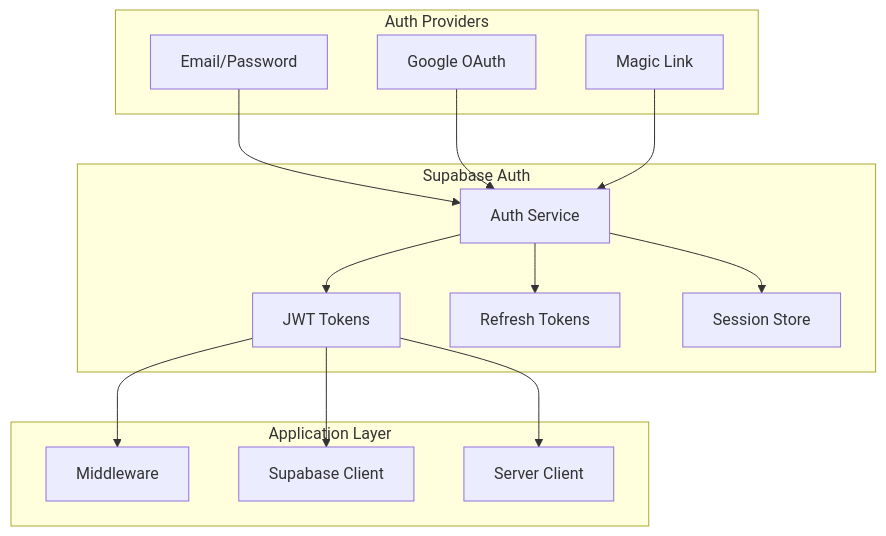
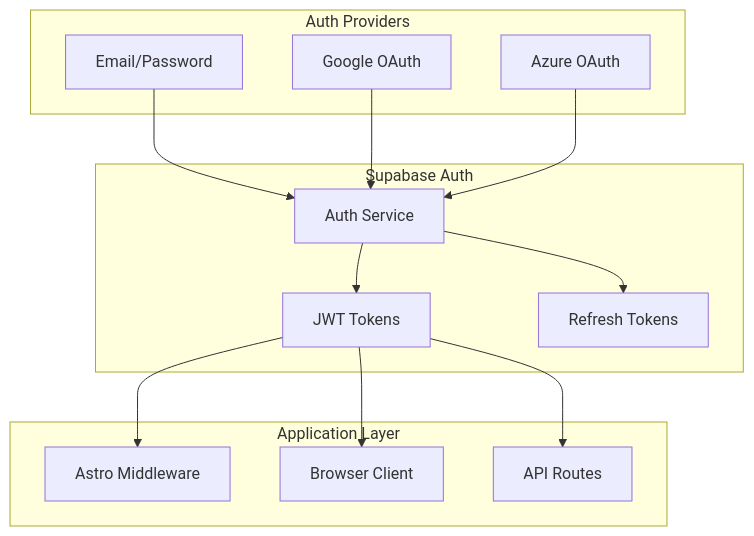
Before and after one commit to ColdstartLabs-ca/astro-saas-boilerplate: the first of 2 diagrams in docs/technical/systems/authentication.md, drawn with Mermaid. The commit also changed other lines of this file and 8 other files, not shown here.

````diff
--- a/docs/technical/systems/authentication.md
+++ b/docs/technical/systems/authentication.md
@@ -7,33 +7,31 @@
 ```mermaid
 graph TD
     subgraph "Auth Providers"
         EMAIL[Email/Password]
         GOOGLE[Google OAuth]
-        MAGIC[Magic Link]
+        AZURE[Azure OAuth]
     end
 
     subgraph "Supabase Auth"
         AUTH_SVC[Auth Service]
         JWT[JWT Tokens]
         REFRESH[Refresh Tokens]
-        SESSIONS[Session Store]
     end
 
     subgraph "Application Layer"
-        MW[Middleware]
-        CLIENT[Supabase Client]
-        SERVER[Server Client]
+        MW[Astro Middleware]
+        CLIENT[Browser Client]
+        API[API Routes]
     end
 
     EMAIL --> AUTH_SVC
     GOOGLE --> AUTH_SVC
-    MAGIC --> AUTH_SVC
+    AZURE --> AUTH_SVC
 
     AUTH_SVC --> JWT
     AUTH_SVC --> REFRESH
-    AUTH_SVC --> SESSIONS
 
     JWT --> MW
     JWT --> CLIENT
-    JWT --> SERVER
+    JWT --> API
 ```
````
